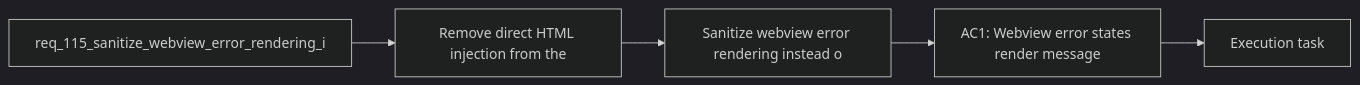
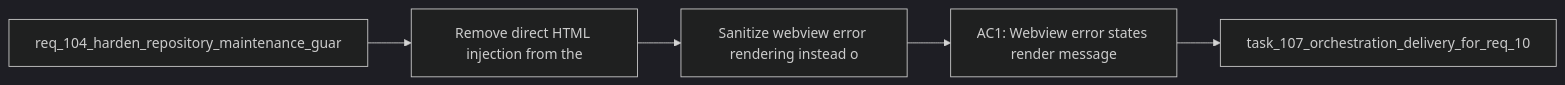
The diagram in logics/backlog/item_202_sanitize_webview_error_rendering_instead_of_injecting_raw_error_html.md (AlexAgo83/logics-manager), drawn with Mermaid (dark theme) before and after one commit. The commit also changed other lines of this file and 481 other files, not shown here.

````diff
--- a/logics/backlog/item_202_sanitize_webview_error_rendering_instead_of_injecting_raw_error_html.md
+++ b/logics/backlog/item_202_sanitize_webview_error_rendering_instead_of_injecting_raw_error_html.md
@@ -23,9 +23,9 @@
 ```mermaid
 %% logics-kind: backlog
 %% logics-signature: backlog|sanitize-webview-error-rendering-instead|req-104-harden-repository-maintenance-gu|remove-direct-html-injection-from-the|ac1-webview-error-states-render-message
 flowchart LR
-    Request[req_115_sanitize_webview_error_rendering_i] --> Problem[Remove direct HTML injection from the]
+    Request[req_104_harden_repository_maintenance_guar] --> Problem[Remove direct HTML injection from the]
     Problem --> Scope[Sanitize webview error rendering instead o]
     Scope --> Acceptance[AC1: Webview error states render message]
-    Acceptance --> Tasks[Execution task]
+    Acceptance --> Tasks[task_107_orchestration_delivery_for_req_10]
 ```
````
